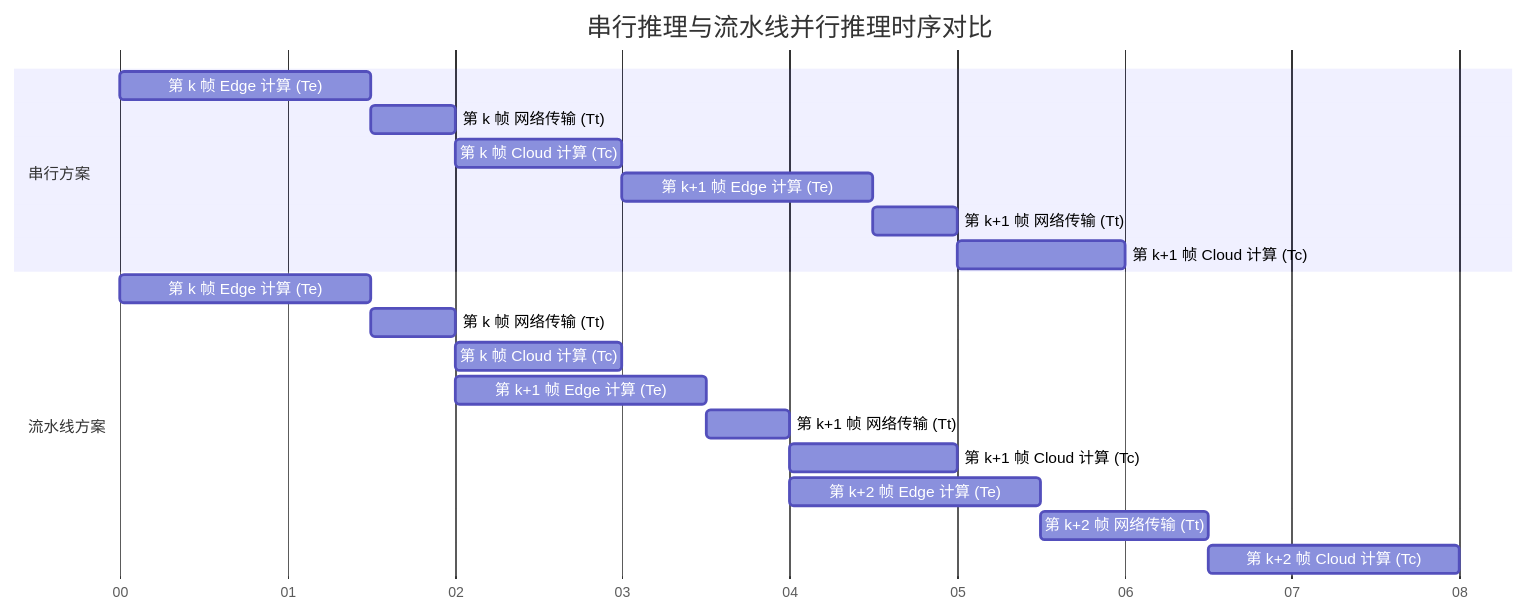
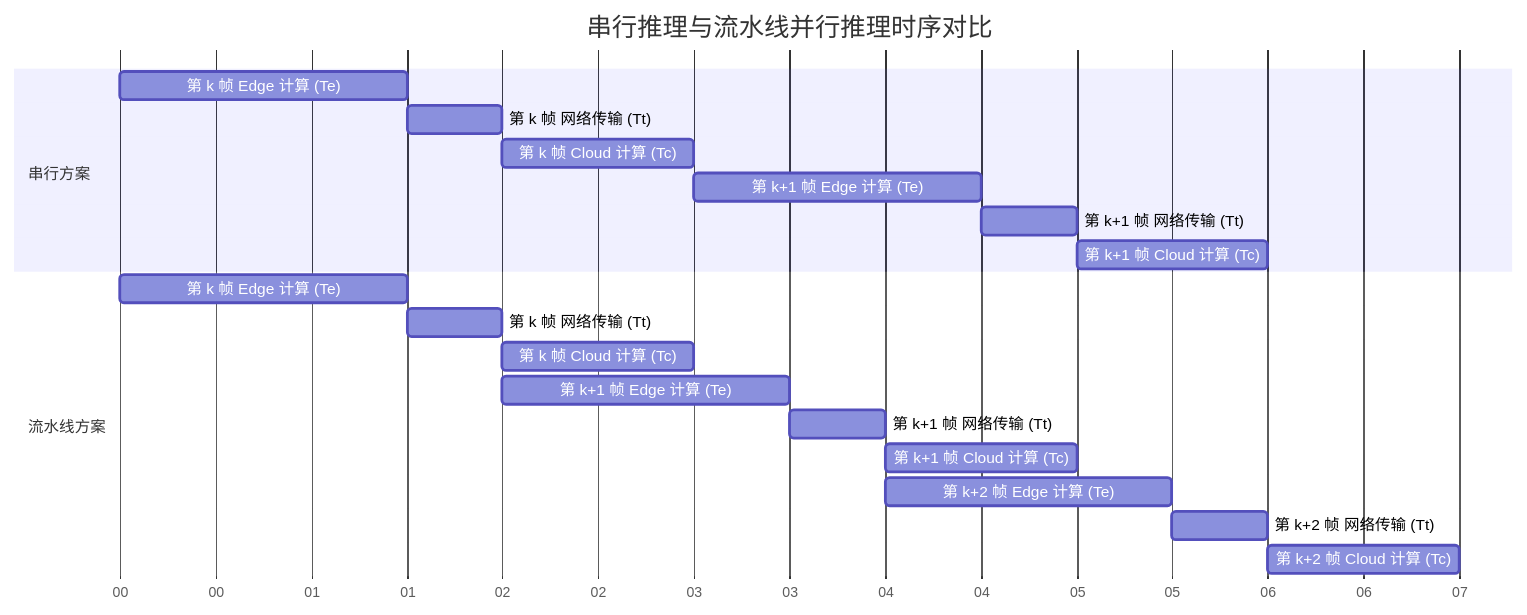
One commit to intmain-yy/iodraw-files changed the diagram in all/未命名-1.md. Above: the diagram before and after it, drawn with Mermaid.

Commit message:
2026-02-28 13:47:53 update

````diff
--- a/all/未命名-1.md
+++ b/all/未命名-1.md
@@ -1,27 +1,27 @@
 ```mermaid
 gantt
     title 串行推理与流水线并行推理时序对比
     dateFormat  s
     axisFormat  %S
     
     section 串行方案
     第 k 帧 Edge 计算 (Te)       :a1, 0, 1.5s
     第 k 帧 网络传输 (Tt)       :a2, after a1, 0.5s
     第 k 帧 Cloud 计算 (Tc)      :a3, after a2, 1s
     第 k+1 帧 Edge 计算 (Te)     :a4, after a3, 1.5s
     第 k+1 帧 网络传输 (Tt)     :a5, after a4, 0.5s
     第 k+1 帧 Cloud 计算 (Tc)    :a6, after a5, 1s
     
     section 流水线方案
     第 k 帧 Edge 计算 (Te)       :b1, 0, 1.5s
     第 k 帧 网络传输 (Tt)       :b2, after b1, 0.5s
     第 k 帧 Cloud 计算 (Tc)      :b3, after b2, 1s
     
     第 k+1 帧 Edge 计算 (Te)     :c1, 2, 1.5s
     第 k+1 帧 网络传输 (Tt)     :c2, after c1, 0.5s
     第 k+1 帧 Cloud 计算 (Tc)    :c3, after c2, 1s
     
     第 k+2 帧 Edge 计算 (Te)     :d1, 4, 1.5s
-    第 k+2 帧 网络传输 (Tt)     :d2, after d1, 1s
-    第 k+2 帧 Cloud 计算 (Tc)    :d3, after d2, 1.5s
+    第 k+2 帧 网络传输 (Tt)     :d2, after d1, 0.5s
+    第 k+2 帧 Cloud 计算 (Tc)    :d3, after d2, 1s
 ```
````
